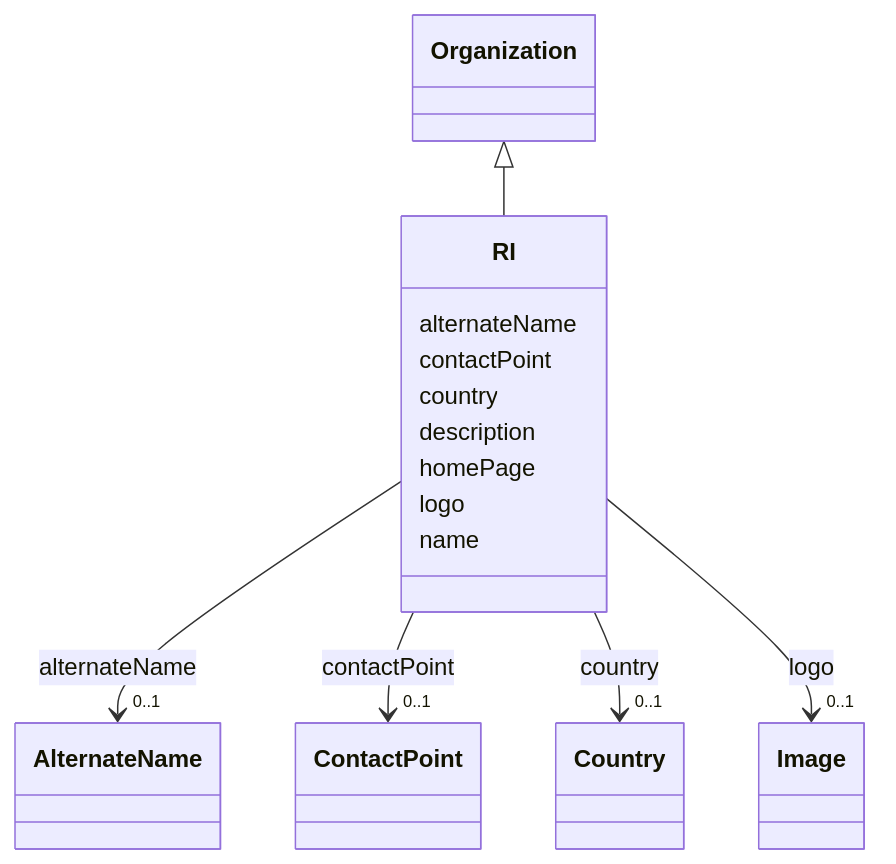
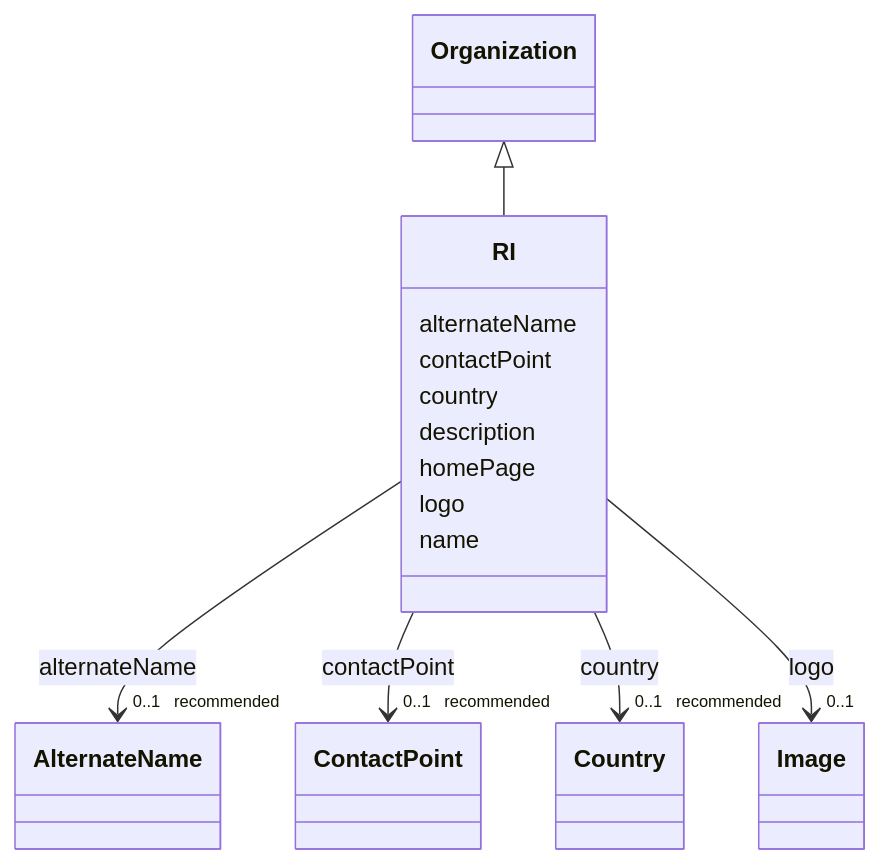
One commit to EVORA-project/evora-ontology changed the diagram in models/docs/RI.md. Above: the diagram before and after it, drawn with Mermaid. The commit also changed other lines of this file and 1187 other files, not shown here.

````diff
--- a/models/docs/RI.md
+++ b/models/docs/RI.md
@@ -19,51 +19,51 @@
 ```mermaid
  classDiagram
     class RI
     click RI href "../RI"
       Organization <|-- RI
         click Organization href "../Organization"
       
       RI : alternateName
         
           
     
     
-    RI --> "0..1" AlternateName : alternateName
+    RI --> "0..1 _recommended_" AlternateName : alternateName
     click AlternateName href "../AlternateName"
 
         
       RI : contactPoint
         
           
     
     
-    RI --> "0..1" ContactPoint : contactPoint
+    RI --> "0..1 _recommended_" ContactPoint : contactPoint
     click ContactPoint href "../ContactPoint"
 
         
       RI : country
         
           
     
     
-    RI --> "0..1" Country : country
+    RI --> "0..1 _recommended_" Country : country
     click Country href "../Country"
 
         
       RI : description
         
       RI : homePage
         
       RI : logo
         
           
     
     
     RI --> "0..1" Image : logo
     click Image href "../Image"
 
         
       RI : name
         
       
 ```
````
